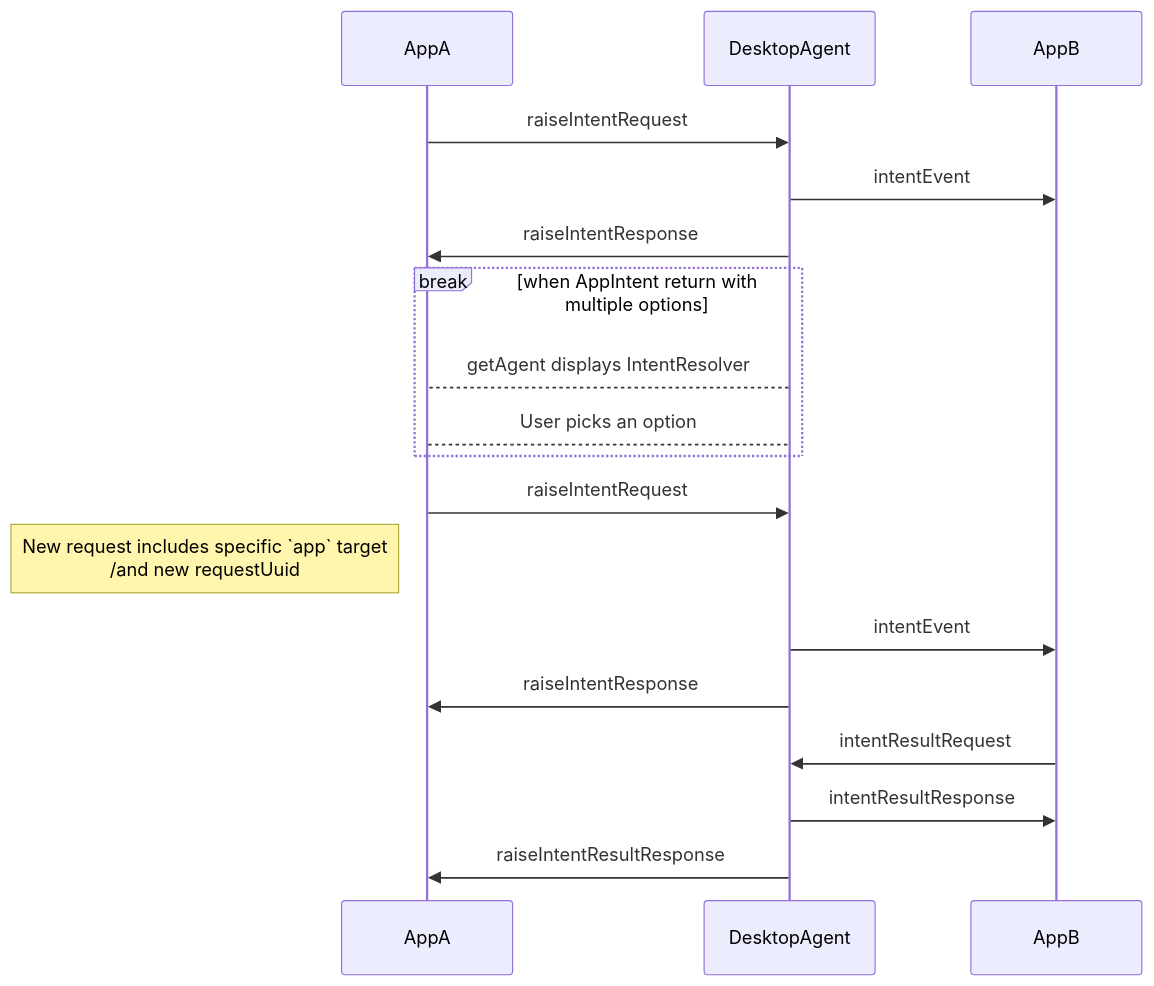
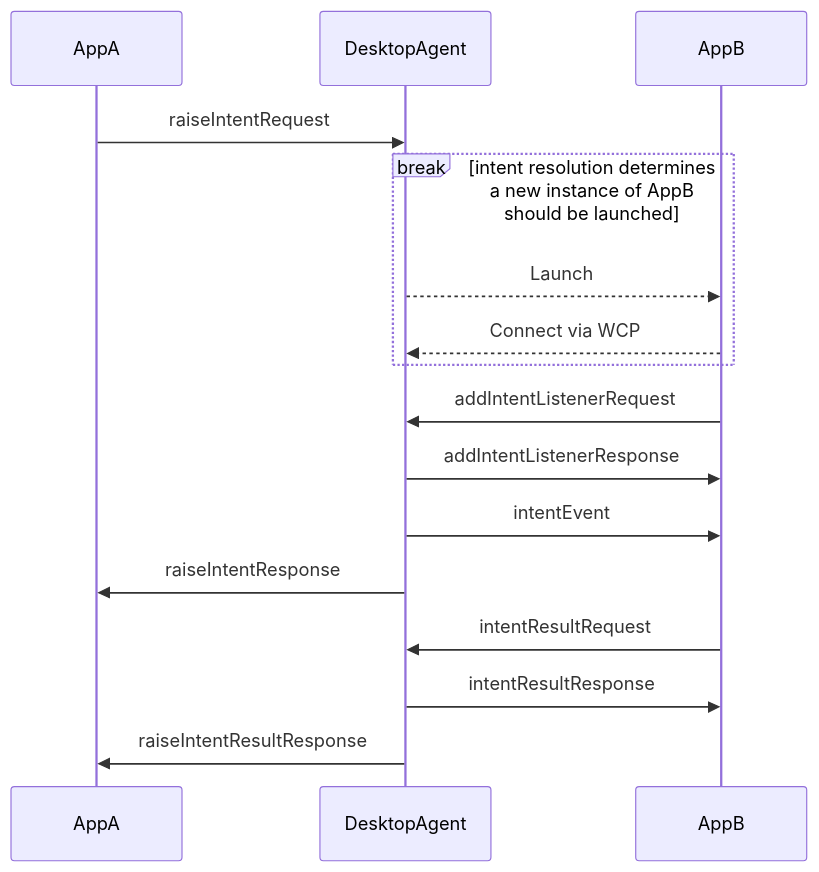
Before and after one commit to finos/FDC3: the second of 5 diagrams in docs/api/specs/desktopAgentCommunicationProtocol.md, drawn with Mermaid. The commit also changed other lines of this file and 5 other files, not shown here.

````diff
--- a/docs/api/specs/desktopAgentCommunicationProtocol.md
+++ b/docs/api/specs/desktopAgentCommunicationProtocol.md
@@ -149,17 +159,15 @@
 ```mermaid
 sequenceDiagram
     AppA ->> DesktopAgent: raiseIntentRequest
-    DesktopAgent ->> AppB: intentEvent
-    DesktopAgent ->> AppA: raiseIntentResponse
-    break when AppIntent return with multiple options
-        DesktopAgent-->AppA: getAgent displays IntentResolver
-        AppA-->DesktopAgent: User picks an option
+    break intent resolution determines a new instance of AppB should be launched
+        DesktopAgent -->> AppB: Launch
+        AppB -->> DesktopAgent: Connect via WCP
     end
-    AppA ->> DesktopAgent: raiseIntentRequest
-    Note left of AppA: New request includes specific `app` target<br>/and new requestUuid
+    AppB ->> DesktopAgent: addIntentListenerRequest
+    DesktopAgent ->> AppB: addIntentListenerResponse
     DesktopAgent ->> AppB: intentEvent
     DesktopAgent ->> AppA: raiseIntentResponse
     AppB ->> DesktopAgent: intentResultRequest
     DesktopAgent ->> AppB: intentResultResponse
     DesktopAgent ->> AppA: raiseIntentResultResponse
 ```
````
